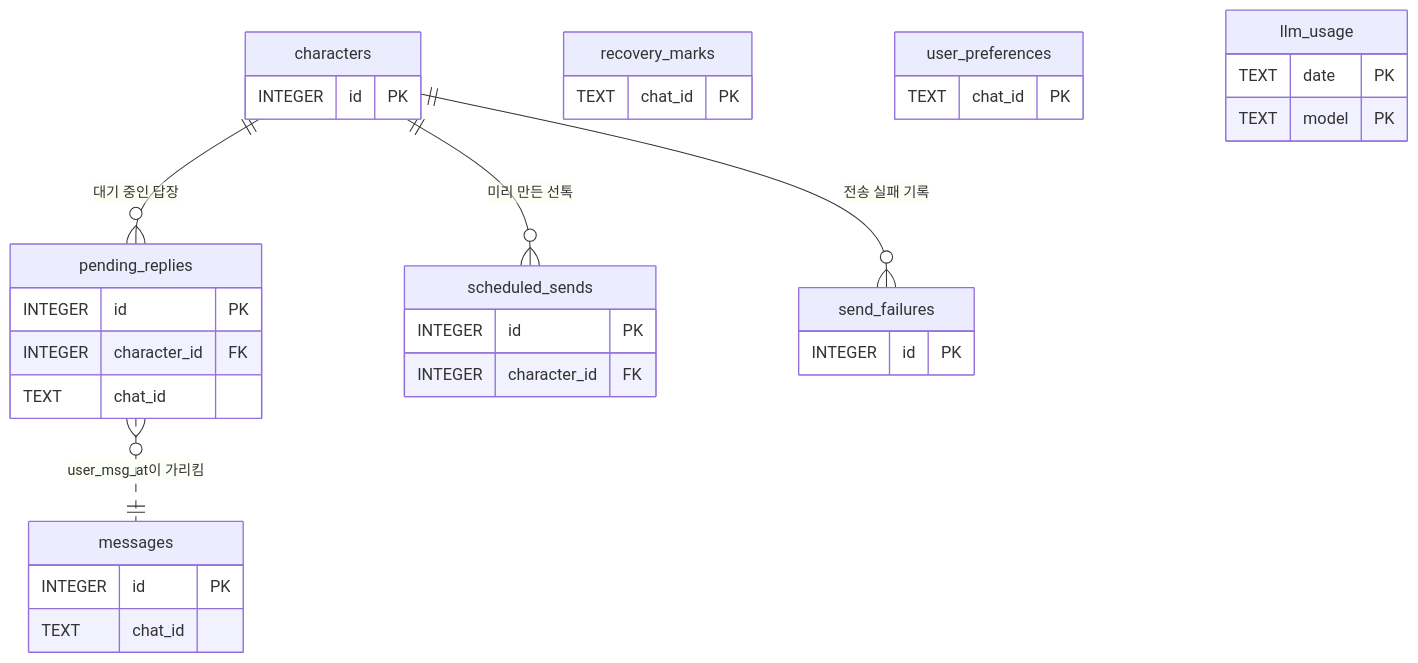
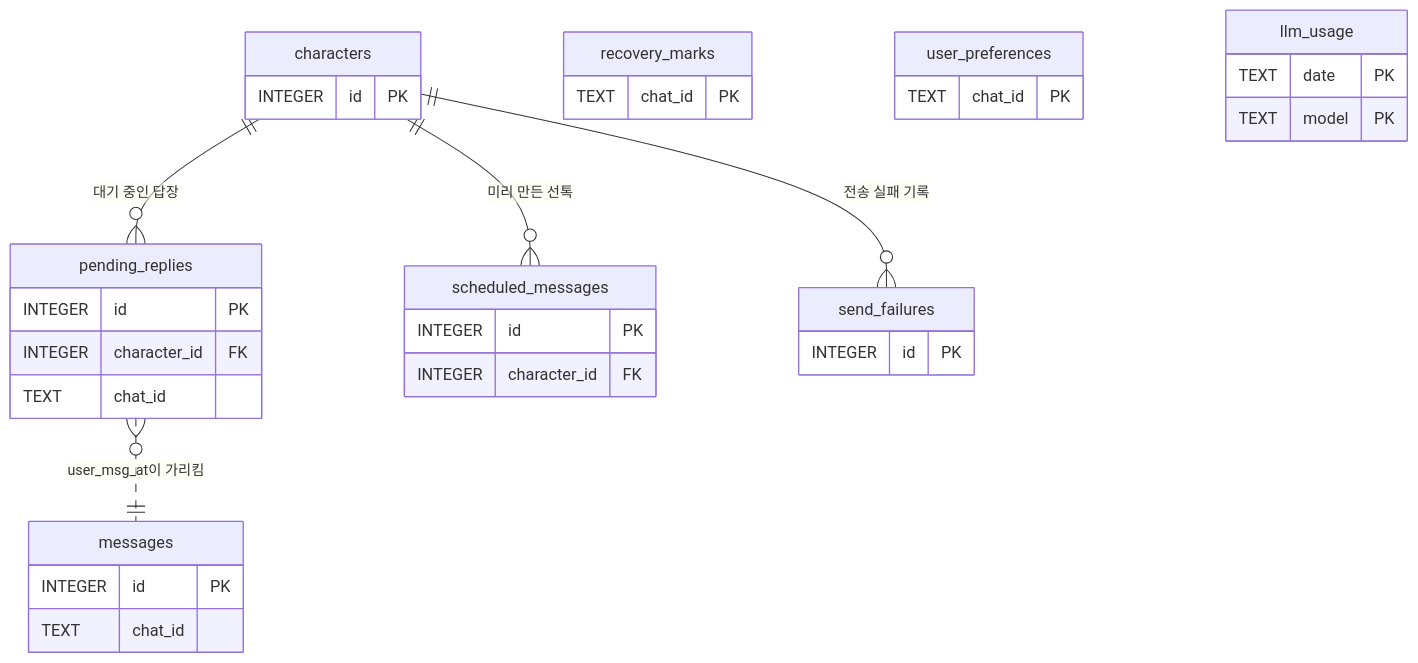
One commit to hyewon3938/random-ai-companion changed the third of 3 diagrams in erd.md. Above: the diagram before and after it, drawn with Mermaid. The commit also changed other lines of this file and 2 other files, not shown here.

First line of the commit message:
docs: 미리 만든 선톡 테이블을 scheduled_messages로 개명, 기억 예시에 origin 추가 (#36)

````diff
--- a/erd.md
+++ b/erd.md
@@ -331,37 +334,37 @@
 ```mermaid
 erDiagram
     characters ||--o{ pending_replies : "대기 중인 답장"
-    characters ||--o{ scheduled_sends : "미리 만든 선톡"
+    characters ||--o{ scheduled_messages : "미리 만든 선톡"
     characters ||--o{ send_failures : "전송 실패 기록"
     pending_replies }o..|| messages : "user_msg_at이 가리킴"
 
     characters {
         INTEGER id PK
     }
     messages {
         INTEGER id PK
         TEXT chat_id
     }
     pending_replies {
         INTEGER id PK
         INTEGER character_id FK
         TEXT chat_id
     }
-    scheduled_sends {
+    scheduled_messages {
         INTEGER id PK
         INTEGER character_id FK
     }
     recovery_marks {
         TEXT chat_id PK
     }
     send_failures {
         INTEGER id PK
     }
     user_preferences {
         TEXT chat_id PK
     }
     llm_usage {
         TEXT date PK
         TEXT model PK
     }
 ```
````
